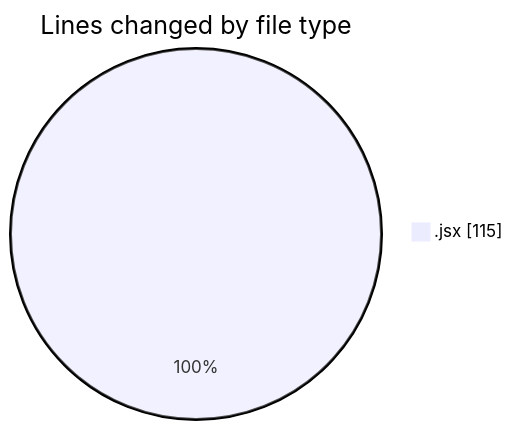
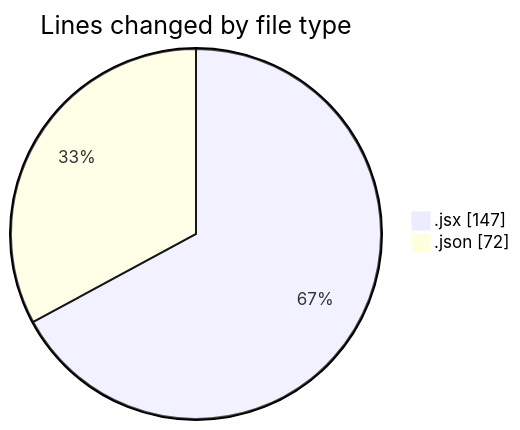
One commit to momahboobian/code-tracking changed the first of 2 diagrams in 2026-03-19/commonwealth-front-end-task/README.md. Above: the diagram before and after it, drawn with Mermaid. The commit also changed other lines of this file and 1 other file, not shown here.

````diff
--- a/2026-03-19/commonwealth-front-end-task/README.md
+++ b/2026-03-19/commonwealth-front-end-task/README.md
@@ -20,5 +22,6 @@
 ```mermaid
 pie showData
 title Lines changed by file type
-".jsx" : 115
+".jsx" : 147
+".json" : 72
 ```
````
